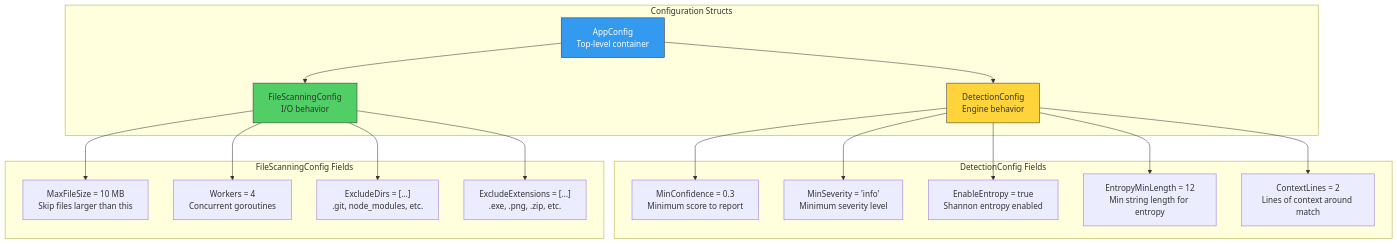
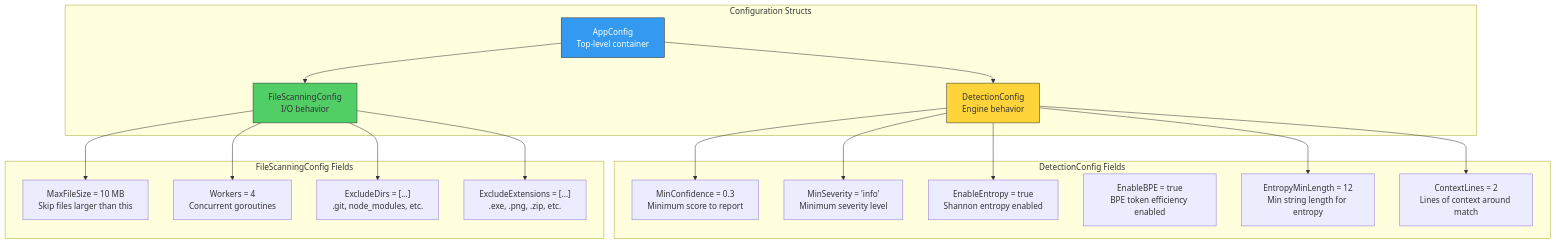
One commit to svemulapati/CredVigil changed the sixth of 60 diagrams in docs/training/00-System-Design.md. Above: the diagram before and after it, drawn with Mermaid. The commit also changed other lines of this file and 8 other files, not shown here.

````diff
--- a/docs/training/00-System-Design.md
+++ b/docs/training/00-System-Design.md
@@ -390,33 +390,34 @@
 ```mermaid
 graph TD
     subgraph "Configuration Structs"
         APP["AppConfig<br/>Top-level container"]
         DET["DetectionConfig<br/>Engine behavior"]
         FS["FileScanningConfig<br/>I/O behavior"]
     end
 
     APP --> DET
     APP --> FS
 
     subgraph "DetectionConfig Fields"
         D1["MinConfidence = 0.3<br/>Minimum score to report"]
         D2["MinSeverity = 'info'<br/>Minimum severity level"]
         D3["EnableEntropy = true<br/>Shannon entropy enabled"]
+        D3b["EnableBPE = true<br/>BPE token efficiency enabled"]
         D4["EntropyMinLength = 12<br/>Min string length for entropy"]
         D5["ContextLines = 2<br/>Lines of context around match"]
     end
 
     subgraph "FileScanningConfig Fields"
         F1["MaxFileSize = 10 MB<br/>Skip files larger than this"]
         F2["Workers = 4<br/>Concurrent goroutines"]
         F3["ExcludeDirs = [...]<br/>.git, node_modules, etc."]
         F4["ExcludeExtensions = [...]<br/>.exe, .png, .zip, etc."]
     end
 
     DET --> D1 & D2 & D3 & D4 & D5
     FS --> F1 & F2 & F3 & F4
 
     style APP fill:#339af0,stroke:#333,color:#fff
     style DET fill:#ffd43b,stroke:#333
     style FS fill:#51cf66,stroke:#333
 ```
````
